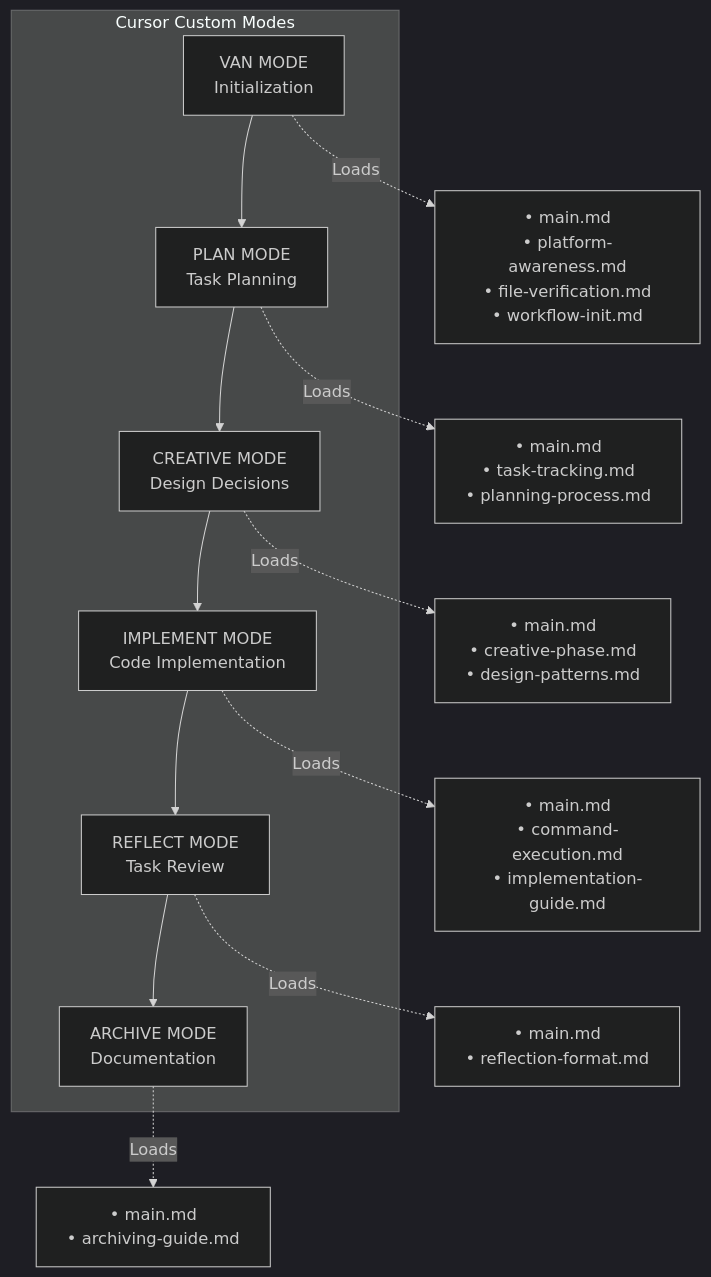
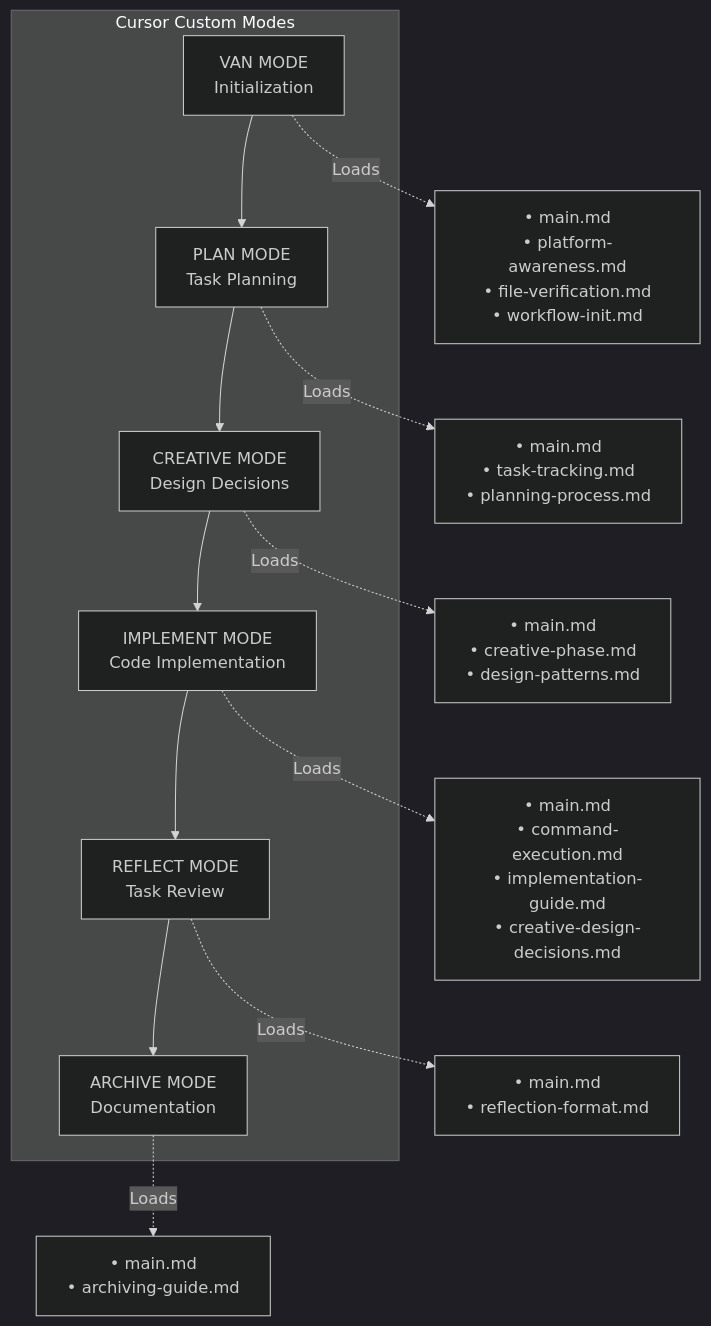
The first of 4 diagrams in .cursor/rules/isolation_rules/main.mdc (bhurn02/rms-invoicing), drawn with Mermaid (dark theme) before and after one commit. The commit also changed other lines of this file and 14 other files, not shown here.

````diff
--- a/.cursor/rules/isolation_rules/main.mdc
+++ b/.cursor/rules/isolation_rules/main.mdc
@@ -16,17 +16,17 @@
 ```mermaid
 graph TD
     subgraph Modes["Cursor Custom Modes"]
         VAN["VAN MODE<br>Initialization"] --> PLAN["PLAN MODE<br>Task Planning"]
         PLAN --> Creative["CREATIVE MODE<br>Design Decisions"]
         Creative --> Implement["IMPLEMENT MODE<br>Code Implementation"]
         Implement --> Reflect["REFLECT MODE<br>Task Review"]
         Reflect --> Archive["ARCHIVE MODE<br>Documentation"]
     end
     
     VAN -.->|"Loads"| VANRules["• main.md<br>• platform-awareness.md<br>• file-verification.md<br>• workflow-init.md"]
     PLAN -.->|"Loads"| PLANRules["• main.md<br>• task-tracking.md<br>• planning-process.md"]
     Creative -.->|"Loads"| CreativeRules["• main.md<br>• creative-phase.md<br>• design-patterns.md"]
-    Implement -.->|"Loads"| ImplementRules["• main.md<br>• command-execution.md<br>• implementation-guide.md"]
+    Implement -.->|"Loads"| ImplementRules["• main.md<br>• command-execution.md<br>• implementation-guide.md<br>• creative-design-decisions.md"]
     Reflect -.->|"Loads"| ReflectRules["• main.md<br>• reflection-format.md"]
     Archive -.->|"Loads"| ArchiveRules["• main.md<br>• archiving-guide.md"]
 ```
````
